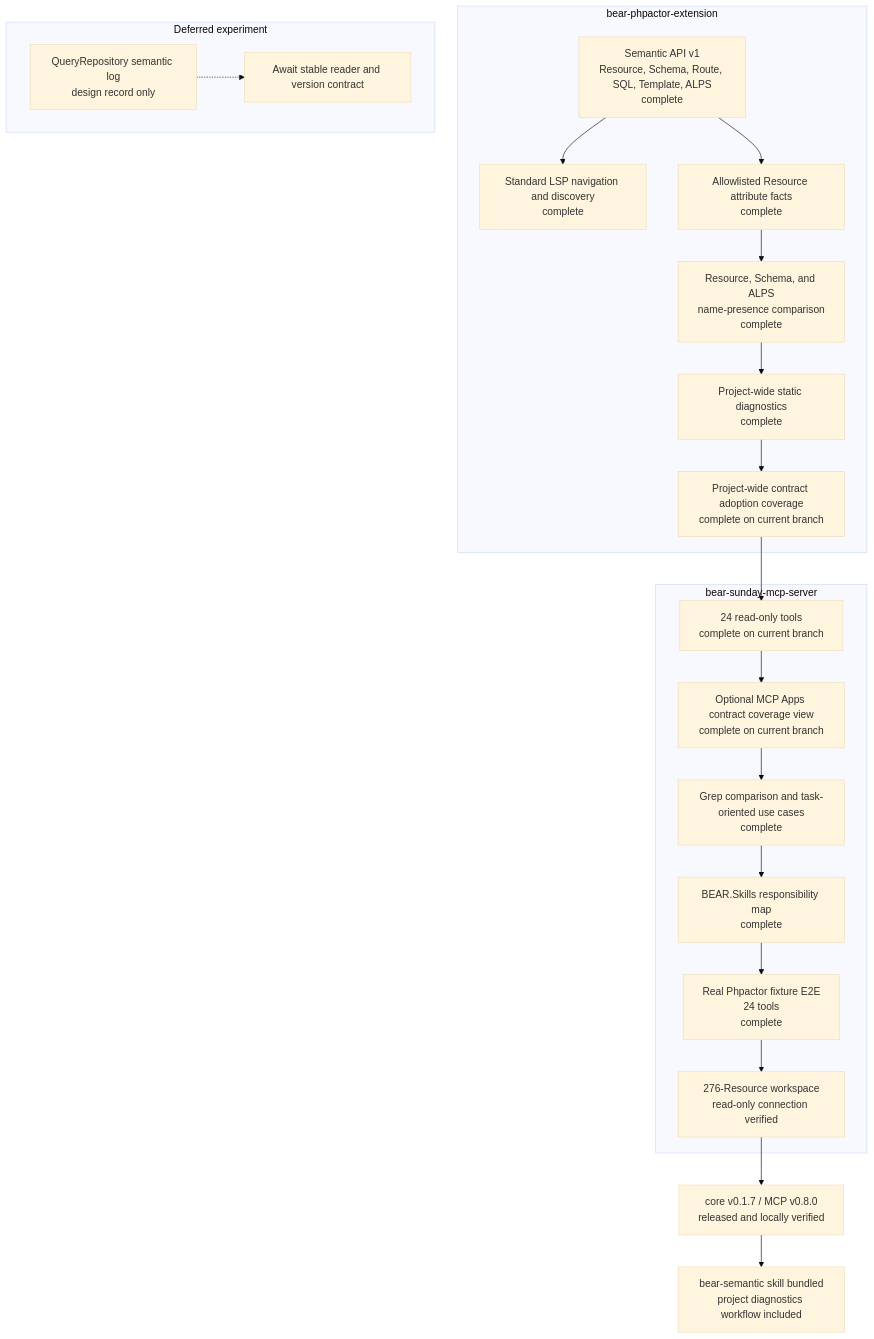
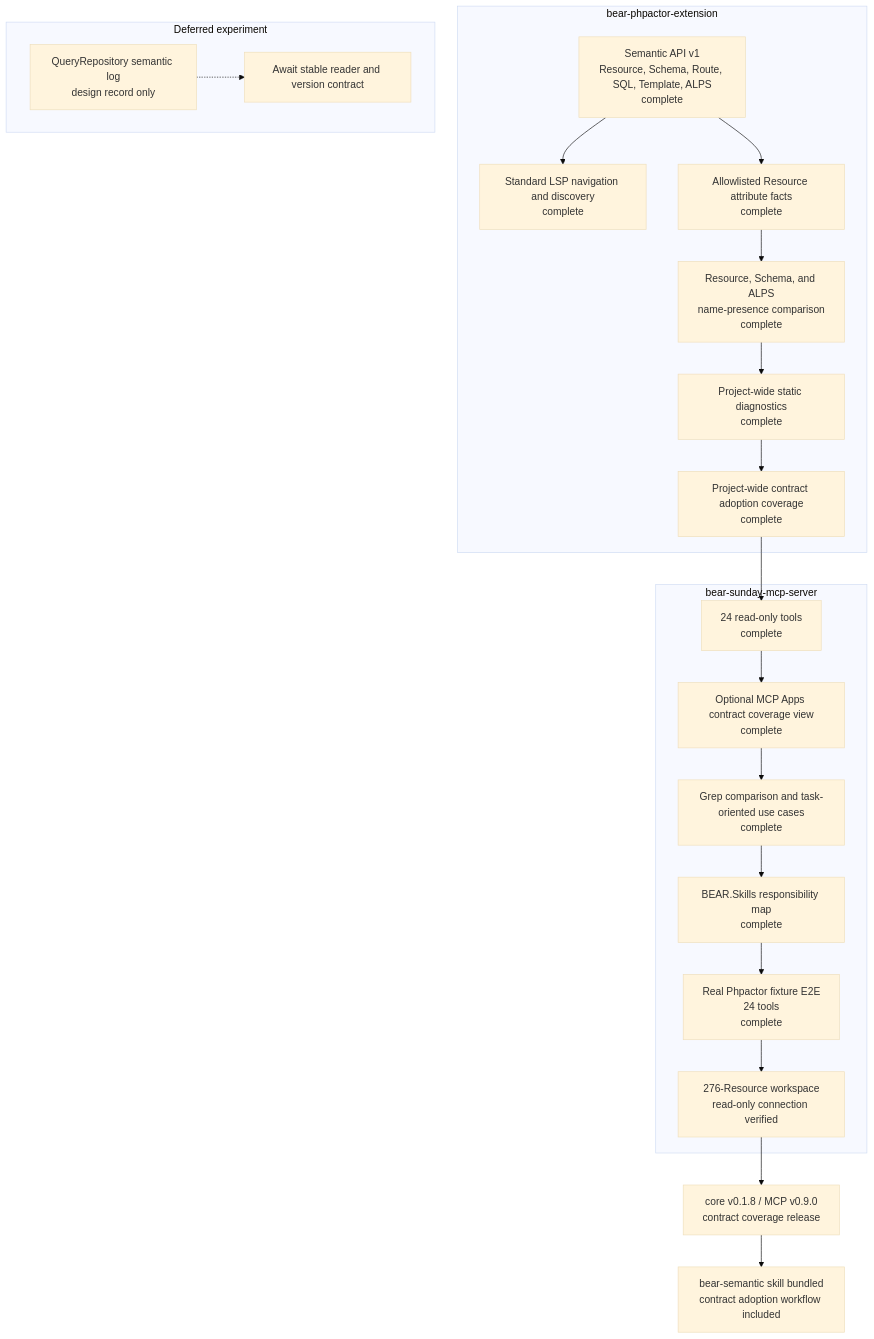
The diagram in docs/project-status.md (suzumaze/bear-sunday-mcp-server), drawn with Mermaid (base theme) before and after one commit. The commit also changed other lines of this file and 7 other files, not shown here.

````diff
--- a/docs/project-status.md
+++ b/docs/project-status.md
@@ -9,34 +9,34 @@
 ```mermaid
 flowchart TB
     subgraph Core["bear-phpactor-extension"]
         C1["Semantic API v1<br/>Resource, Schema, Route, SQL, Template, ALPS<br/>complete"]
         C2["Standard LSP navigation and discovery<br/>complete"]
         C3["Allowlisted Resource attribute facts<br/>complete"]
         C4["Resource, Schema, and ALPS<br/>name-presence comparison<br/>complete"]
         C5["Project-wide static diagnostics<br/>complete"]
-        C6["Project-wide contract adoption coverage<br/>complete on current branch"]
+        C6["Project-wide contract adoption coverage<br/>complete"]
         C1 --> C2
         C1 --> C3 --> C4 --> C5 --> C6
     end
 
     subgraph MCP["bear-sunday-mcp-server"]
-        M1["24 read-only tools<br/>complete on current branch"]
-        M0["Optional MCP Apps contract coverage view<br/>complete on current branch"]
+        M1["24 read-only tools<br/>complete"]
+        M0["Optional MCP Apps contract coverage view<br/>complete"]
         M2["Grep comparison and task-oriented use cases<br/>complete"]
         M3["BEAR.Skills responsibility map<br/>complete"]
         M4["Real Phpactor fixture E2E<br/>24 tools<br/>complete"]
         M5["276-Resource workspace<br/>read-only connection verified"]
         M1 --> M0 --> M2 --> M3 --> M4 --> M5
     end
 
     C6 --> M1
 
     subgraph Deferred["Deferred experiment"]
         D1["QueryRepository semantic log<br/>design record only"]
         D2["Await stable reader and version contract"]
         D1 -.-> D2
     end
 
-    M5 --> R1["core v0.1.7 / MCP v0.8.0<br/>released and locally verified"]
-    R1 --> S1["bear-semantic skill bundled<br/>project diagnostics workflow included"]
+    M5 --> R1["core v0.1.8 / MCP v0.9.0<br/>contract coverage release"]
+    R1 --> S1["bear-semantic skill bundled<br/>contract adoption workflow included"]
 ```
````
